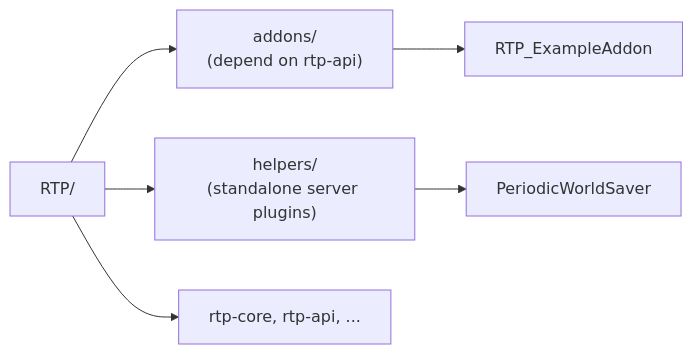
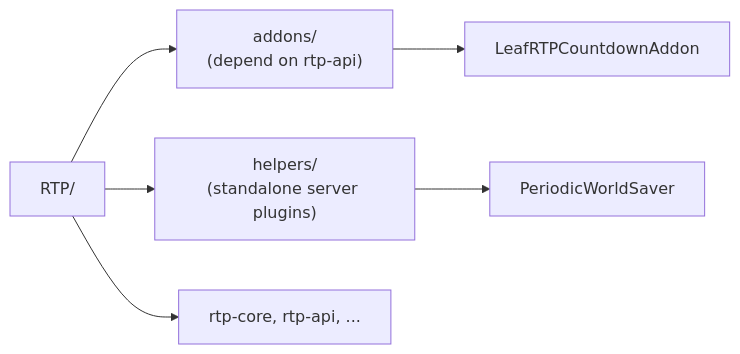
One commit to DailyStruggle/RTP changed the second of 2 diagrams in helpers/PeriodicWorldSaver/README.md. Above: the diagram before and after it, drawn with Mermaid. The commit also changed 169 other files, not shown here.

````diff
--- a/helpers/PeriodicWorldSaver/README.md
+++ b/helpers/PeriodicWorldSaver/README.md
@@ -98,9 +98,9 @@
 ```mermaid
 flowchart LR
     Root["RTP/"]
     Root --> AddonsDir["addons/<br/>(depend on rtp-api)"]
     Root --> HelpersDir["helpers/<br/>(standalone server plugins)"]
     Root --> CoreModules["rtp-core, rtp-api, ..."]
-    AddonsDir --> Example["RTP_ExampleAddon"]
+    AddonsDir --> Example["LeafRTPCountdownAddon"]
     HelpersDir --> Saver["PeriodicWorldSaver"]
 ```
````
